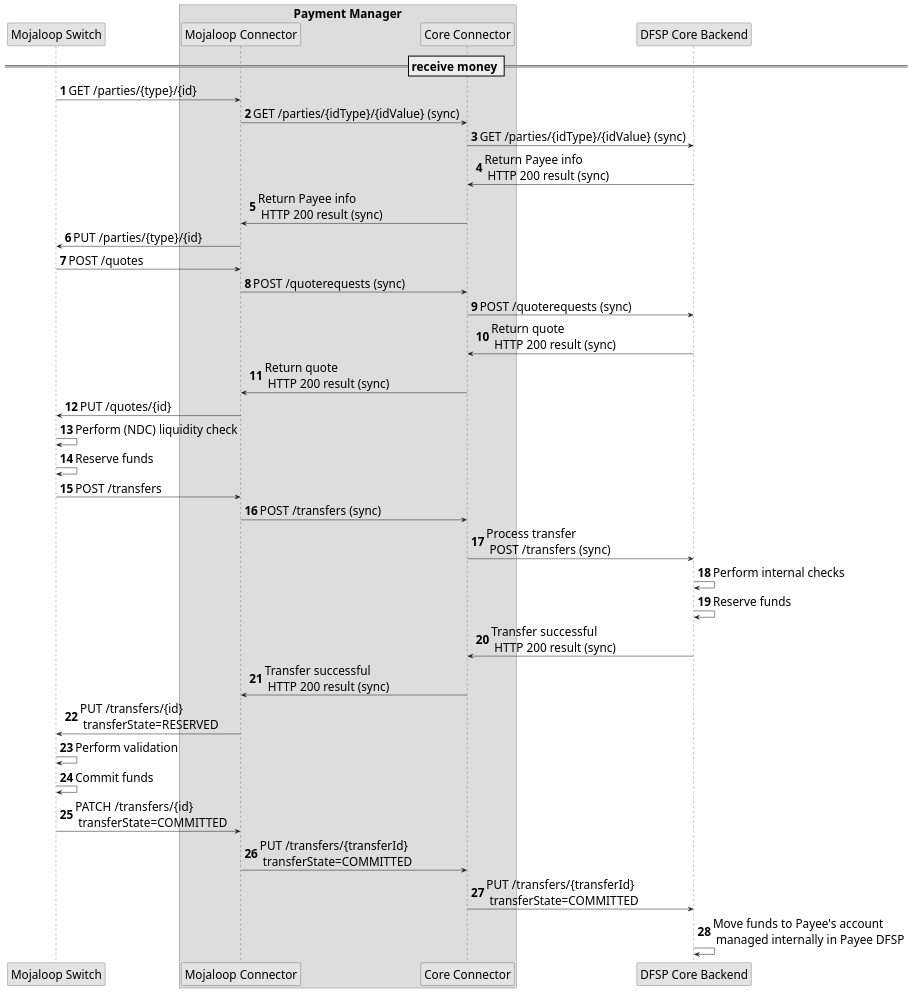
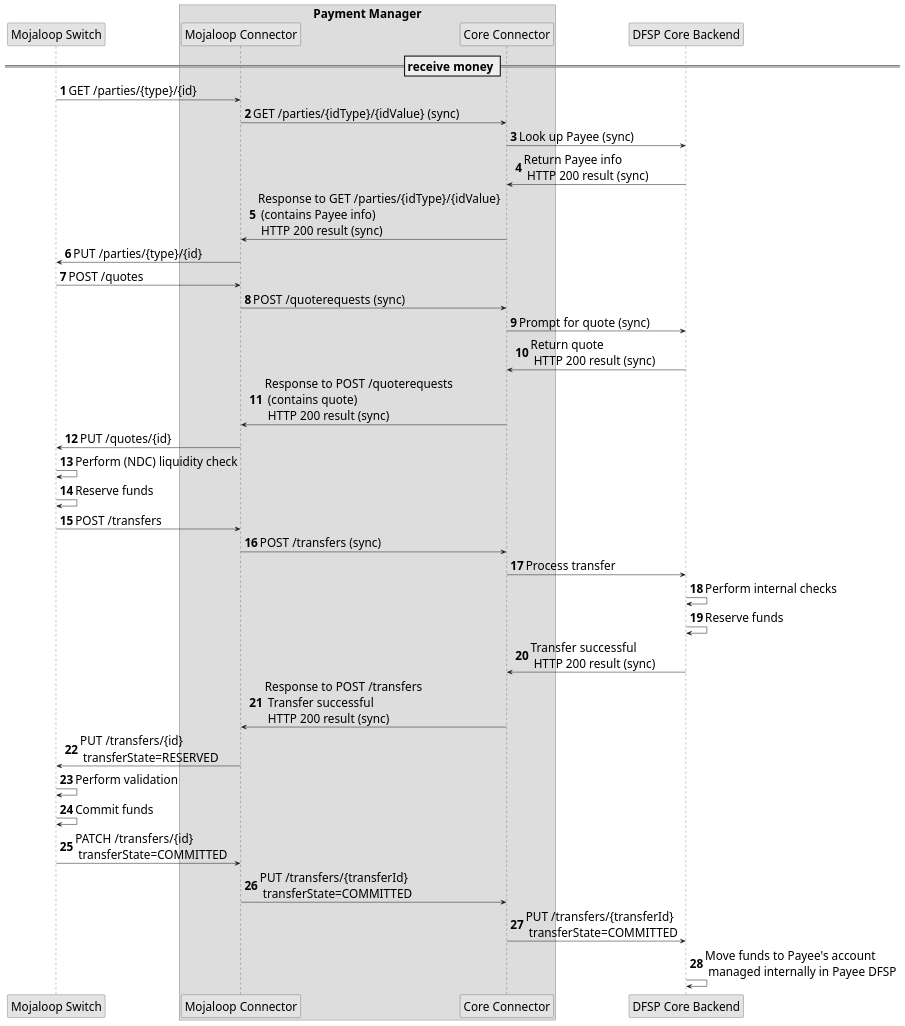
One commit to pm4ml/documents changed the diagram in modules/core_connector/images/PM4ML_transfer_flow_payee_happy_path.plantuml. Above: the diagram before and after it, drawn with PlantUML. The commit also changed 5 other files, not shown here.

Commit message:
improved CC diagrams

```diff
--- a/modules/core_connector/images/PM4ML_transfer_flow_payee_happy_path.plantuml
+++ b/modules/core_connector/images/PM4ML_transfer_flow_payee_happy_path.plantuml
@@ -1,51 +1,51 @@
 @startuml
 autonumber
 skinparam activityFontSize 4
 skinparam activityDiamondFontSize 30
 skinparam activityArrowFontSize 24
 skinparam defaultFontSize 24
 skinparam noteFontSize 24
 skinparam monochrome true
 
 participant "Mojaloop Switch" as sw
 
 box Payment Manager
 participant "Mojaloop Connector" as sib
 participant "Core Connector" as cc
 end box
   
 participant "DFSP Core Backend" as backend
 
 
 == receive money ==
 
     sw -> sib: GET /parties/{type}/{id}
     sib -> cc: GET /parties/{idType}/{idValue} (sync)
-    cc -> backend: GET /parties/{idType}/{idValue} (sync)
+    cc -> backend: Look up Payee (sync)
     backend -> cc: Return Payee info \n HTTP 200 result (sync)
-    cc -> sib: Return Payee info \n HTTP 200 result (sync)
+    cc -> sib: Response to GET /parties/{idType}/{idValue} \n (contains Payee info) \n HTTP 200 result (sync)
     sib -> sw: PUT /parties/{type}/{id}
     sw -> sib: POST /quotes
     sib -> cc: POST /quoterequests (sync)
-    cc -> backend: POST /quoterequests (sync)
+    cc -> backend: Prompt for quote (sync)
     backend -> cc: Return quote \n HTTP 200 result (sync)
-    cc -> sib: Return quote \n HTTP 200 result (sync)
+    cc -> sib: Response to POST /quoterequests \n (contains quote) \n HTTP 200 result (sync)
     sib -> sw: PUT /quotes/{id}
     sw -> sw: Perform (NDC) liquidity check
     sw -> sw: Reserve funds
     sw -> sib: POST /transfers
     sib -> cc: POST /transfers (sync)
-    cc -> backend: Process transfer \n POST /transfers (sync)
+    cc -> backend: Process transfer
     backend -> backend: Perform internal checks
     backend -> backend: Reserve funds
     backend -> cc: Transfer successful \n HTTP 200 result (sync)
-    cc -> sib: Transfer successful \n HTTP 200 result (sync)
+    cc -> sib: Response to POST /transfers \n Transfer successful \n HTTP 200 result (sync)
     sib -> sw: PUT /transfers/{id} \n transferState=RESERVED
     sw -> sw: Perform validation
     sw -> sw: Commit funds
     sw -> sib: PATCH /transfers/{id} \n transferState=COMMITTED
     sib -> cc: PUT /transfers/{transferId} \n transferState=COMMITTED
     cc -> backend: PUT /transfers/{transferId} \n transferState=COMMITTED
     backend -> backend: Move funds to Payee's account \n managed internally in Payee DFSP
 
 @enduml
```
